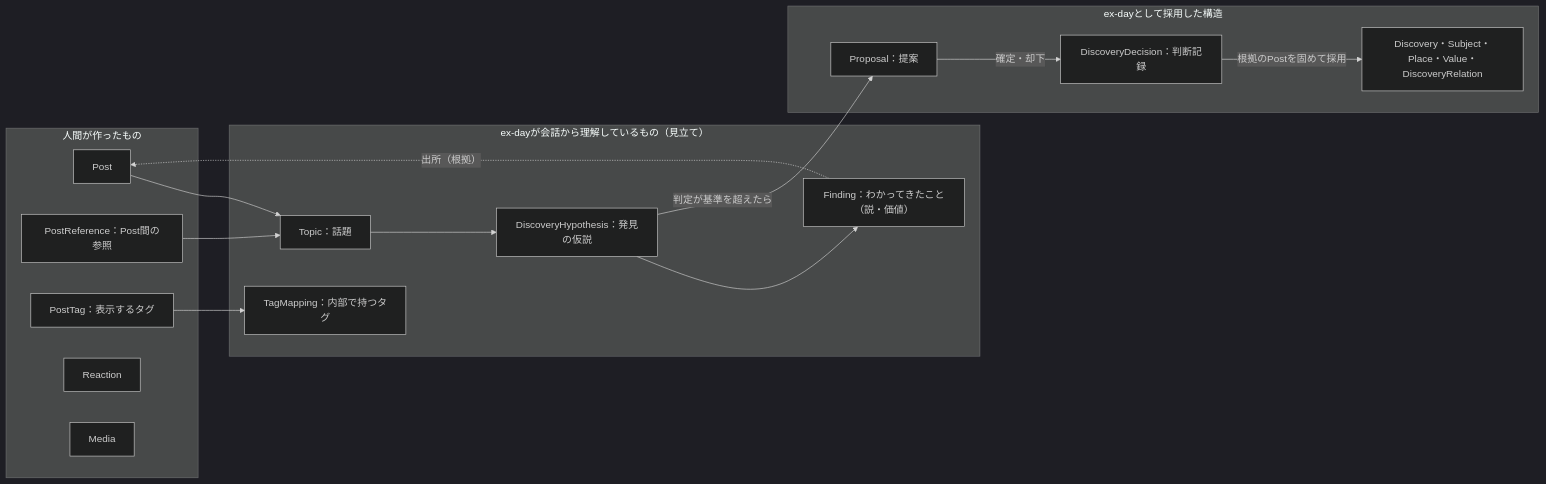
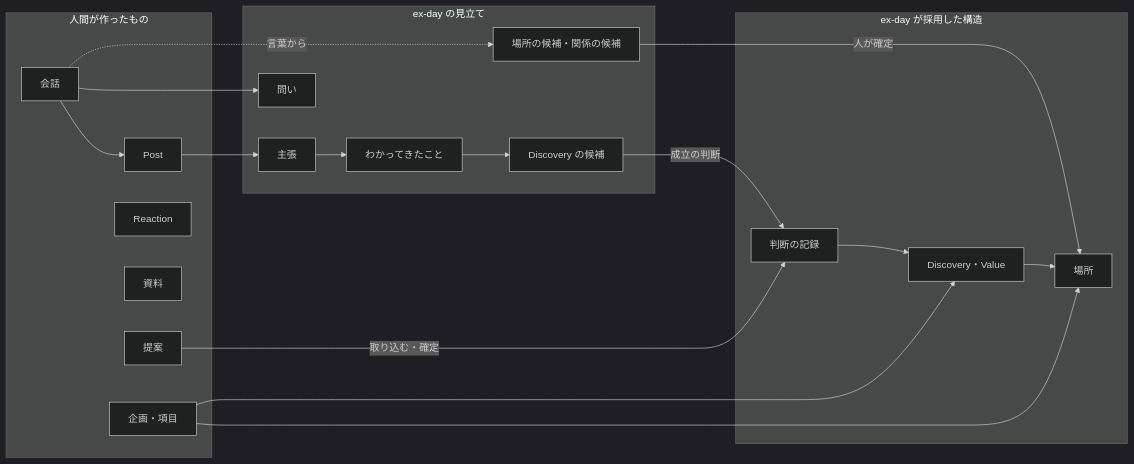
The first of 2 diagrams in docs/ex-day_domain_model.md (ex-day/platform), drawn with Mermaid (dark theme) before and after one commit. The commit also changed other lines of this file, not shown here.

````diff
--- a/docs/ex-day_domain_model.md
+++ b/docs/ex-day_domain_model.md
@@ -74,30 +78,36 @@
 ```mermaid
 flowchart LR
     subgraph H["人間が作ったもの"]
+        C["会話"]
         P["Post"]
-        PR["PostReference：Post間の参照"]
-        PT["PostTag：表示するタグ"]
+        PJ["企画・項目"]
+        PR["提案"]
         RE["Reaction"]
-        ME["Media"]
+        ME["資料"]
     end
-    subgraph V["ex-dayが会話から理解しているもの（見立て）"]
-        T["Topic：話題"]
-        HY["DiscoveryHypothesis：発見の仮説"]
-        F["Finding：わかってきたこと（説・価値）"]
-        TM["TagMapping：内部で持つタグ"]
+    subgraph V["ex-day の見立て"]
+        CL["主張"]
+        F["わかってきたこと"]
+        Q["問い"]
+        DC["Discovery の候補"]
+        PC["場所の候補・関係の候補"]
     end
-    subgraph A["ex-dayとして採用した構造"]
-        PP["Proposal：提案"]
-        DD["DiscoveryDecision：判断記録"]
-        D["Discovery・Subject・Place・Value・DiscoveryRelation"]
+    subgraph A["ex-day が採用した構造"]
+        PL["場所"]
+        D["Discovery・Value"]
+        DD["判断の記録"]
     end
-    P --> T
-    PR --> T
-    PT --> TM
-    T --> HY
-    HY --> F
-    F -.->|出所（根拠）| P
-    HY -->|判定が基準を超えたら| PP
-    PP -->|確定・却下| DD
-    DD -->|根拠のPostを固めて採用| D
+    C --> P
+    P --> CL
+    CL --> F
+    C --> Q
+    F --> DC
+    C -.->|言葉から| PC
+    PC -->|人が確定| PL
+    DC -->|成立の判断| DD
+    PR -->|取り込む・確定| DD
+    DD --> D
+    D --> PL
+    PJ --> PL
+    PJ --> D
 ```
````
